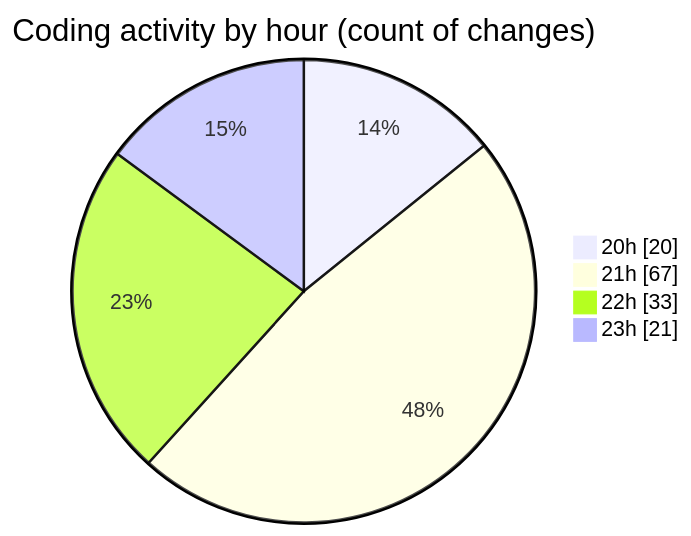
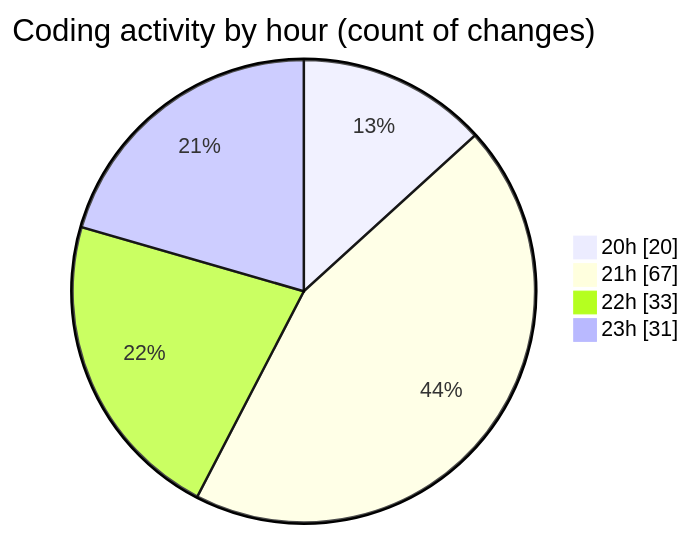
Before and after one commit to lephambinh05/code-tracking: the second of 2 diagrams in 2025-08-19/quytuthien_vn/README.md, drawn with Mermaid. The commit also changed other lines of this file and 1 other file, not shown here.

````diff
--- a/2025-08-19/quytuthien_vn/README.md
+++ b/2025-08-19/quytuthien_vn/README.md
@@ -115,8 +119,8 @@
 ```mermaid
 pie showData
 title Coding activity by hour (count of changes)
 "20h" : 20
 "21h" : 67
 "22h" : 33
-"23h" : 21
+"23h" : 31
 ```
````
